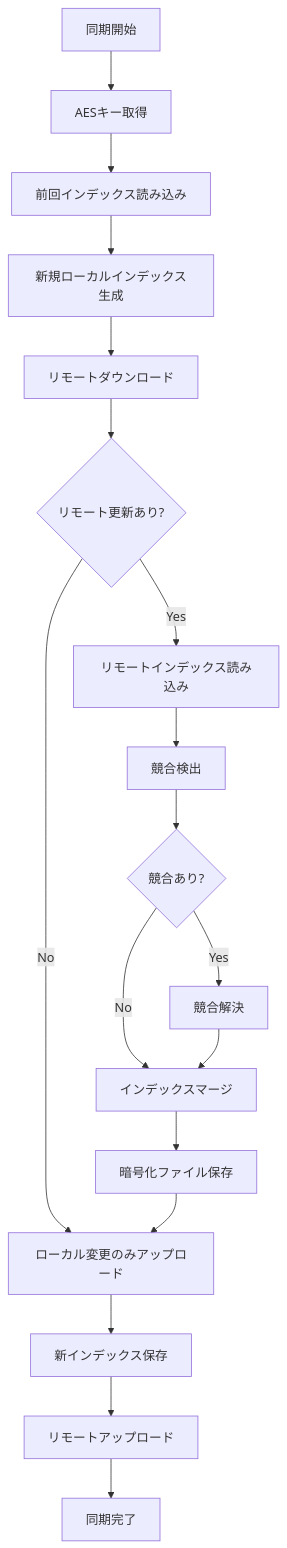
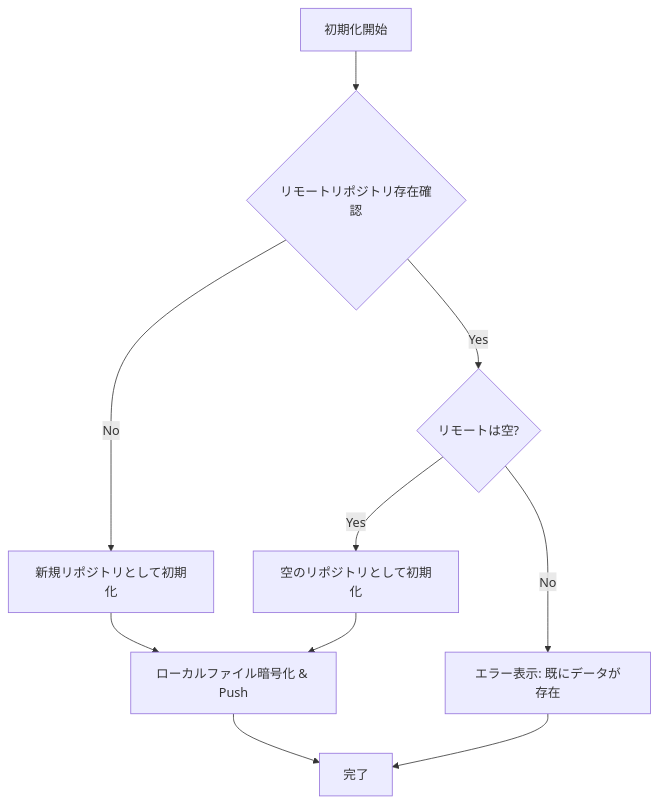
Before and after one commit to masahide/SecureNotesSyncVSCodeExt: the fifth of 9 diagrams in src/spec.md, drawn with Mermaid. The commit also changed other lines of this file and 5 other files, not shown here.

````diff
--- a/src/spec.md
+++ b/src/spec.md
@@ -144,20 +152,13 @@
 ```mermaid
 graph TD
-    A[同期開始] --> B[AESキー取得]
-    B --> C[前回インデックス読み込み]
-    C --> D[新規ローカルインデックス生成]
-    D --> E[リモートダウンロード]
-    E --> F{リモート更新あり?}
-    F -->|Yes| G[リモートインデックス読み込み]
-    F -->|No| M[ローカル変更のみアップロード]
-    G --> H[競合検出]
-    H --> I{競合あり?}
-    I -->|Yes| J[競合解決]
-    I -->|No| K[インデックスマージ]
-    J --> K
-    K --> L[暗号化ファイル保存]
-    L --> M
-    M --> N[新インデックス保存]
-    N --> O[リモートアップロード]
-    O --> P[同期完了]
+    A[初期化開始] --> B{リモートリポジトリ存在確認};
+    B -->|No| C[新規リポジトリとして初期化];
+    B -->|Yes| D{リモートは空?};
+    D -->|Yes| E[空のリポジトリとして初期化];
+    D -->|No| F[エラー表示: 既にデータが存在];
+
+    C --> G[ローカルファイル暗号化 & Push];
+    E --> G;
+    G --> H[完了];
+    F --> H;
 ```
````
